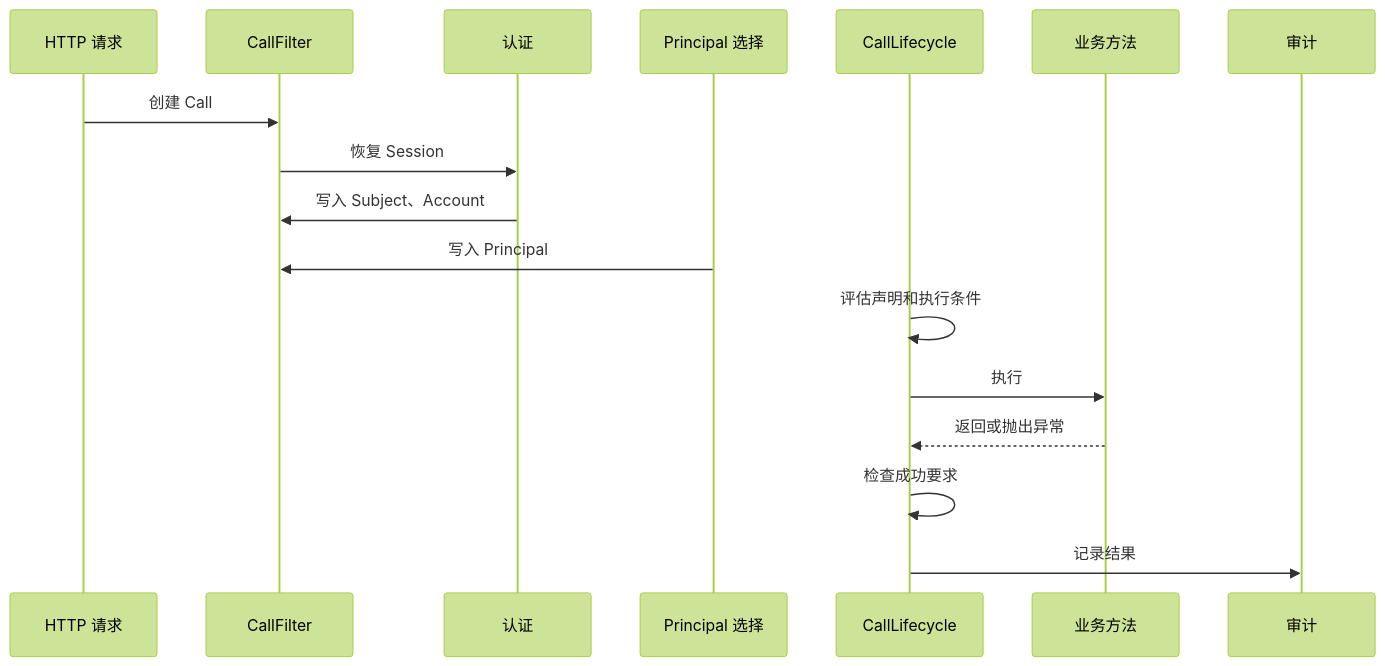
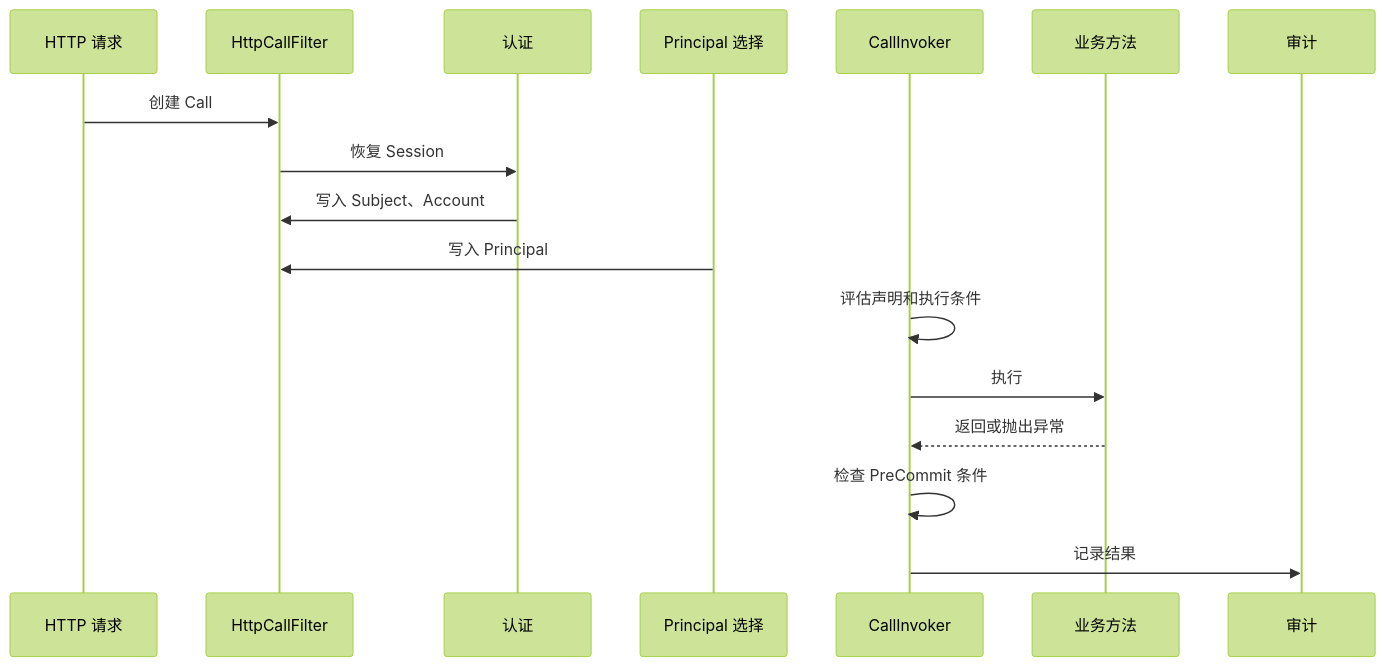
Before and after one commit to SH-XiaoXiu/sca4d-j: the sixth of 6 diagrams in docs/home/permission.md, drawn with Mermaid (forest theme). The commit also changed other lines of this file and 3775 other files, not shown here.

````diff
--- a/docs/home/permission.md
+++ b/docs/home/permission.md
@@ -267,19 +279,19 @@
 ```mermaid
 sequenceDiagram
     participant Request as HTTP 请求
-    participant Call as CallFilter
+    participant Call as HttpCallFilter
     participant Auth as 认证
     participant Select as Principal 选择
-    participant Life as CallLifecycle
+    participant Life as CallInvoker
     participant Method as 业务方法
     participant Audit as 审计
     Request->>Call: 创建 Call
     Call->>Auth: 恢复 Session
     Auth->>Call: 写入 Subject、Account
     Select->>Call: 写入 Principal
     Life->>Life: 评估声明和执行条件
     Life->>Method: 执行
     Method-->>Life: 返回或抛出异常
-    Life->>Life: 检查成功要求
+    Life->>Life: 检查 PreCommit 条件
     Life->>Audit: 记录结果
 ```
````
